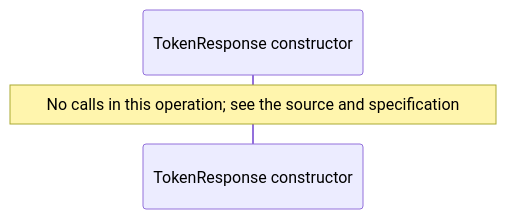
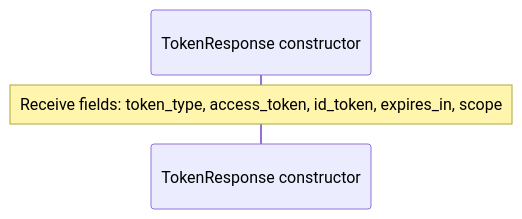
The sixth of 12 diagrams in docs/examples/oidc-login/provider/contracts-diagrams.md (GreenPandaStudios/augscript), drawn with Mermaid before and after one commit. The commit also changed other lines of this file and 289 other files, not shown here.

Commit message:
Correct diagram control flow and complete generated wiki navigation

````diff
--- a/docs/examples/oidc-login/provider/contracts-diagrams.md
+++ b/docs/examples/oidc-login/provider/contracts-diagrams.md
@@ -101,6 +101,6 @@
 ```mermaid
 sequenceDiagram
     participant p0 as TokenResponse constructor
 
-    Note over p0: No calls in this operation#59; see the source and specification
+    Note over p0: Receive fields: token_type, access_token, id_token, expires_in, scope
 ```
````
